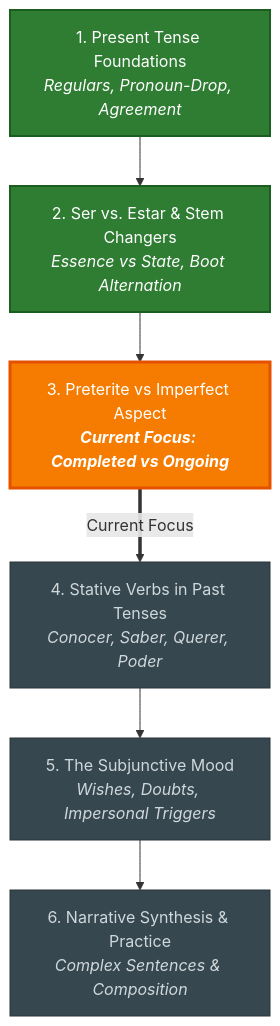
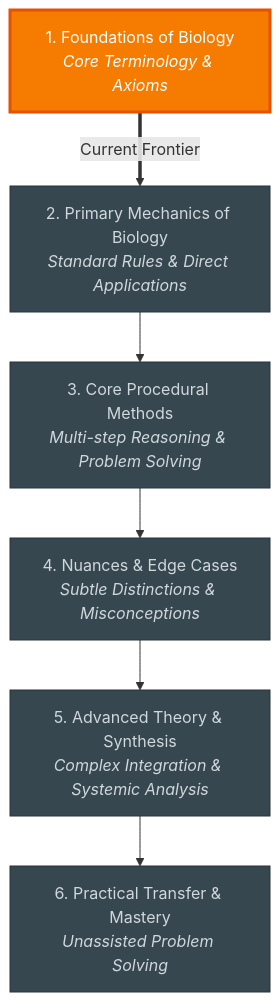
One commit to Samuel-Habib/ai_learning_assistant changed the diagram in md/00_INDEX_DASHBOARD.md. Above: the diagram before and after it, drawn with Mermaid. The commit also changed other lines of this file and 3 other files, not shown here.

Commit message:
feat: display full curriculum study plan directly in terminal after assessment and on roadmap

````diff
--- a/md/00_INDEX_DASHBOARD.md
+++ b/md/00_INDEX_DASHBOARD.md
@@ -22,19 +24,19 @@
 ```mermaid
 flowchart TD
     classDef mastered fill:#2e7d32,stroke:#1b5e20,stroke-width:2px,color:#fff;
     classDef current fill:#f57c00,stroke:#e65100,stroke-width:3px,color:#fff;
     classDef upcoming fill:#37474f,stroke:#263238,stroke-width:1px,color:#cfd8dc;
 
-    M1["1. Present Tense Foundations<br/><i>Regulars, Pronoun-Drop, Agreement</i>"]:::mastered
-    M2["2. Ser vs. Estar & Stem Changers<br/><i>Essence vs State, Boot Alternation</i>"]:::mastered
-    M3["3. Preterite vs Imperfect Aspect<br/><i><b>Current Focus: Completed vs Ongoing</b></i>"]:::current
-    M4["4. Stative Verbs in Past Tenses<br/><i>Conocer, Saber, Querer, Poder</i>"]:::upcoming
-    M5["5. The Subjunctive Mood<br/><i>Wishes, Doubts, Impersonal Triggers</i>"]:::upcoming
-    M6["6. Narrative Synthesis & Practice<br/><i>Complex Sentences & Composition</i>"]:::upcoming
+    M1["1. Foundations of Biology<br/><i>Core Terminology & Axioms</i>"]:::current
+    M2["2. Primary Mechanics of Biology<br/><i>Standard Rules & Direct Applications</i>"]:::upcoming
+    M3["3. Core Procedural Methods<br/><i>Multi-step Reasoning & Problem Solving</i>"]:::upcoming
+    M4["4. Nuances & Edge Cases<br/><i>Subtle Distinctions & Misconceptions</i>"]:::upcoming
+    M5["5. Advanced Theory & Synthesis<br/><i>Complex Integration & Systemic Analysis</i>"]:::upcoming
+    M6["6. Practical Transfer & Mastery<br/><i>Unassisted Problem Solving</i>"]:::upcoming
 
-    M1 --> M2
+    M1 ==>|Current Frontier| M2
     M2 --> M3
-    M3 ==>|Current Focus| M4
+    M3 --> M4
     M4 --> M5
     M5 --> M6
 ```
````
